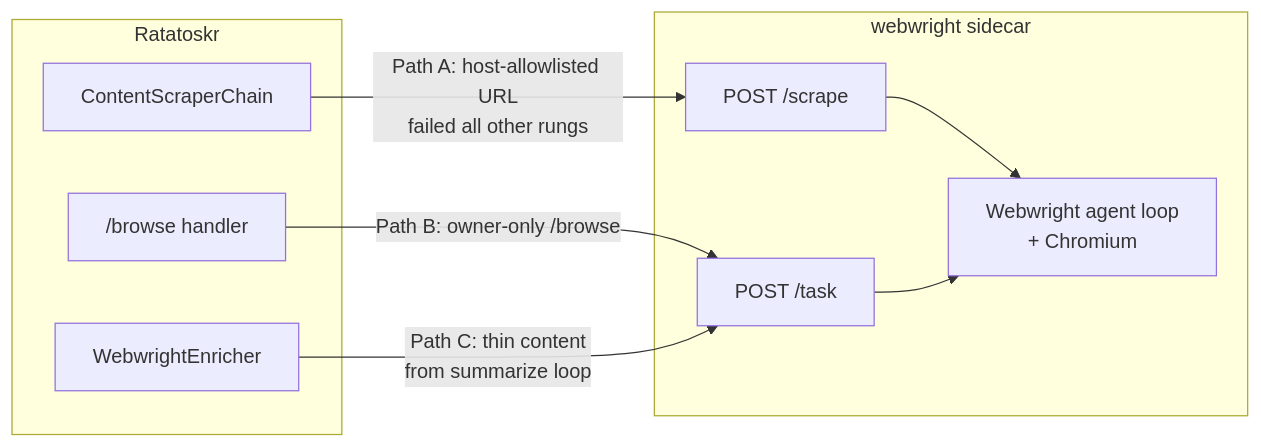
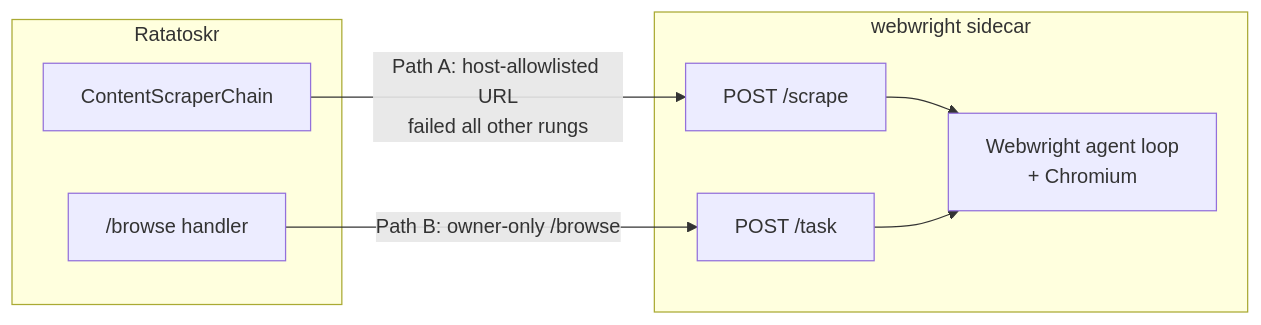
Before and after one commit to po4yka/ratatoskr: the first of 2 diagrams in docs/explanation/webwright.md, drawn with Mermaid. The commit also changed other lines of this file and 9 other files, not shown here.

First line of the commit message:
refactor: remove dead WebwrightEnricher (Path C); sync docs to cleanup

````diff
--- a/docs/explanation/webwright.md
+++ b/docs/explanation/webwright.md
@@ -24,20 +24,18 @@
 ```mermaid
 flowchart LR
     subgraph Ratatoskr
         Chain[ContentScraperChain]
         Browse["/browse handler"]
-        Enricher[WebwrightEnricher]
     end
 
     subgraph Sidecar[webwright sidecar]
         Scrape[POST /scrape]
         Task[POST /task]
         Agent[Webwright agent loop\n+ Chromium]
     end
 
     Chain -- "Path A: host-allowlisted URL\nfailed all other rungs" --> Scrape
     Browse -- "Path B: owner-only /browse" --> Task
-    Enricher -- "Path C: thin content\nfrom summarize loop" --> Task
     Scrape --> Agent
     Task --> Agent
 ```
````
